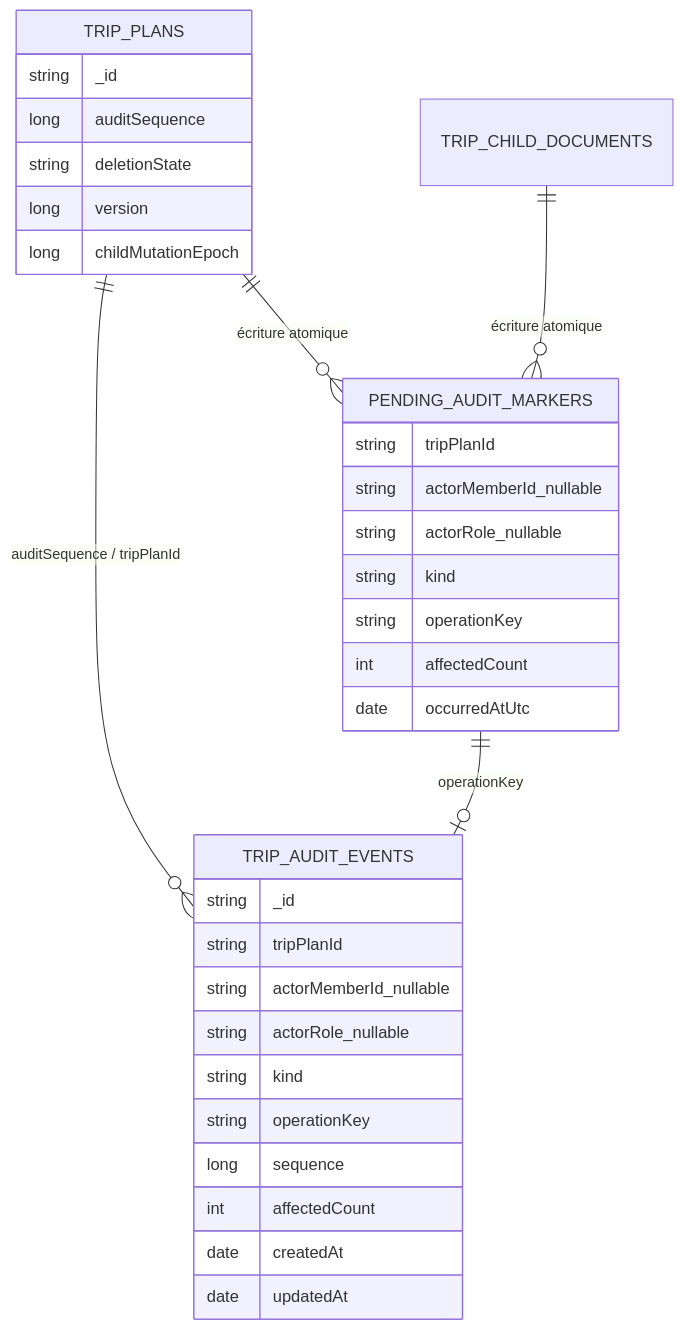
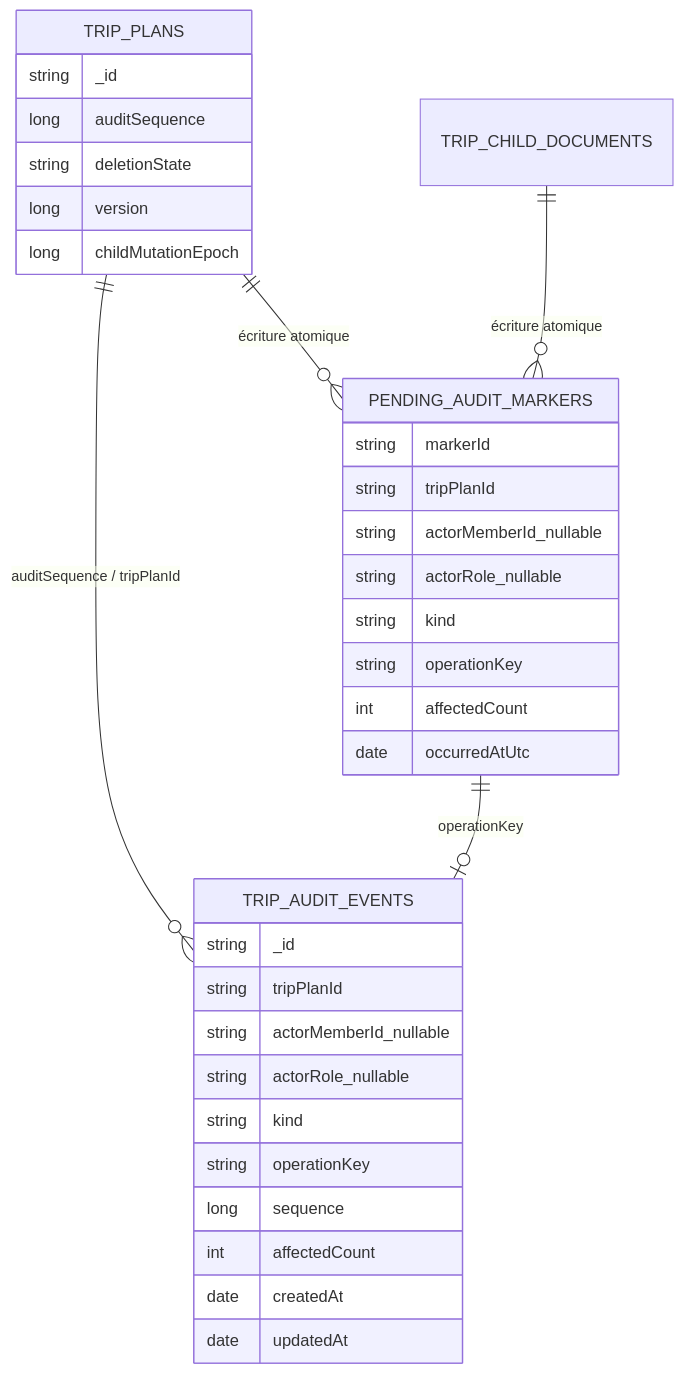
One commit to Ced59/AmusementParkProject changed the second of 4 diagrams in docs/architecture/product-growth-trip-10-audit-concurrency-2026-09-18.md. Above: the diagram before and after it, drawn with Mermaid. The commit also changed other lines of this file and 7 other files, not shown here.

````diff
--- a/docs/architecture/product-growth-trip-10-audit-concurrency-2026-09-18.md
+++ b/docs/architecture/product-growth-trip-10-audit-concurrency-2026-09-18.md
@@ -121,35 +121,36 @@
 ```mermaid
 erDiagram
     TRIP_PLANS ||--o{ TRIP_AUDIT_EVENTS : "auditSequence / tripPlanId"
     TRIP_PLANS ||--o{ PENDING_AUDIT_MARKERS : "écriture atomique"
     TRIP_CHILD_DOCUMENTS ||--o{ PENDING_AUDIT_MARKERS : "écriture atomique"
     PENDING_AUDIT_MARKERS ||--o| TRIP_AUDIT_EVENTS : "operationKey"
     TRIP_PLANS {
       string _id
       long auditSequence
       string deletionState
       long version
       long childMutationEpoch
     }
     TRIP_AUDIT_EVENTS {
       string _id
       string tripPlanId
       string actorMemberId_nullable
       string actorRole_nullable
       string kind
       string operationKey
       long sequence
       int affectedCount
       date createdAt
       date updatedAt
     }
     PENDING_AUDIT_MARKERS {
+      string markerId
       string tripPlanId
       string actorMemberId_nullable
       string actorRole_nullable
       string kind
       string operationKey
       int affectedCount
       date occurredAtUtc
     }
 ```
````
